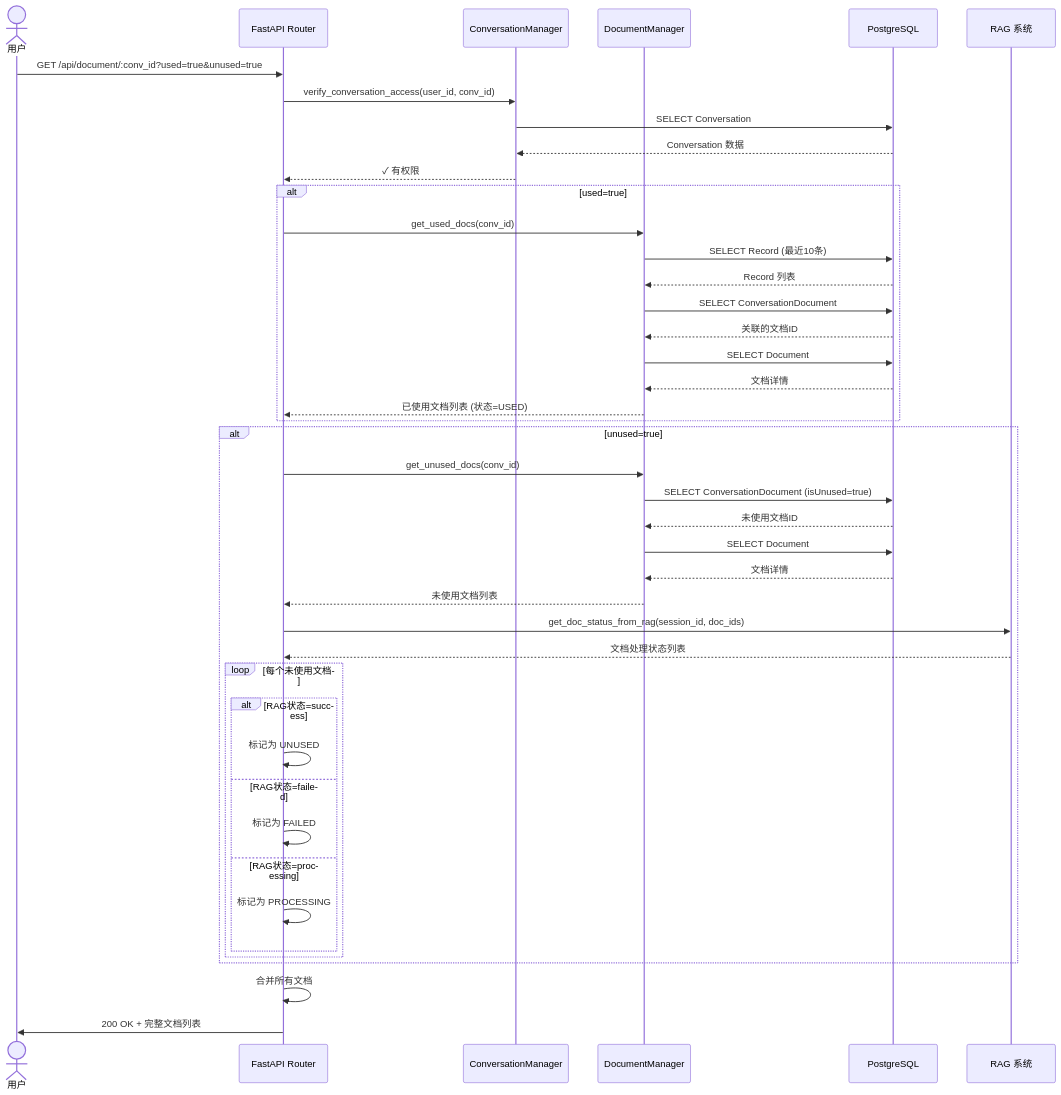
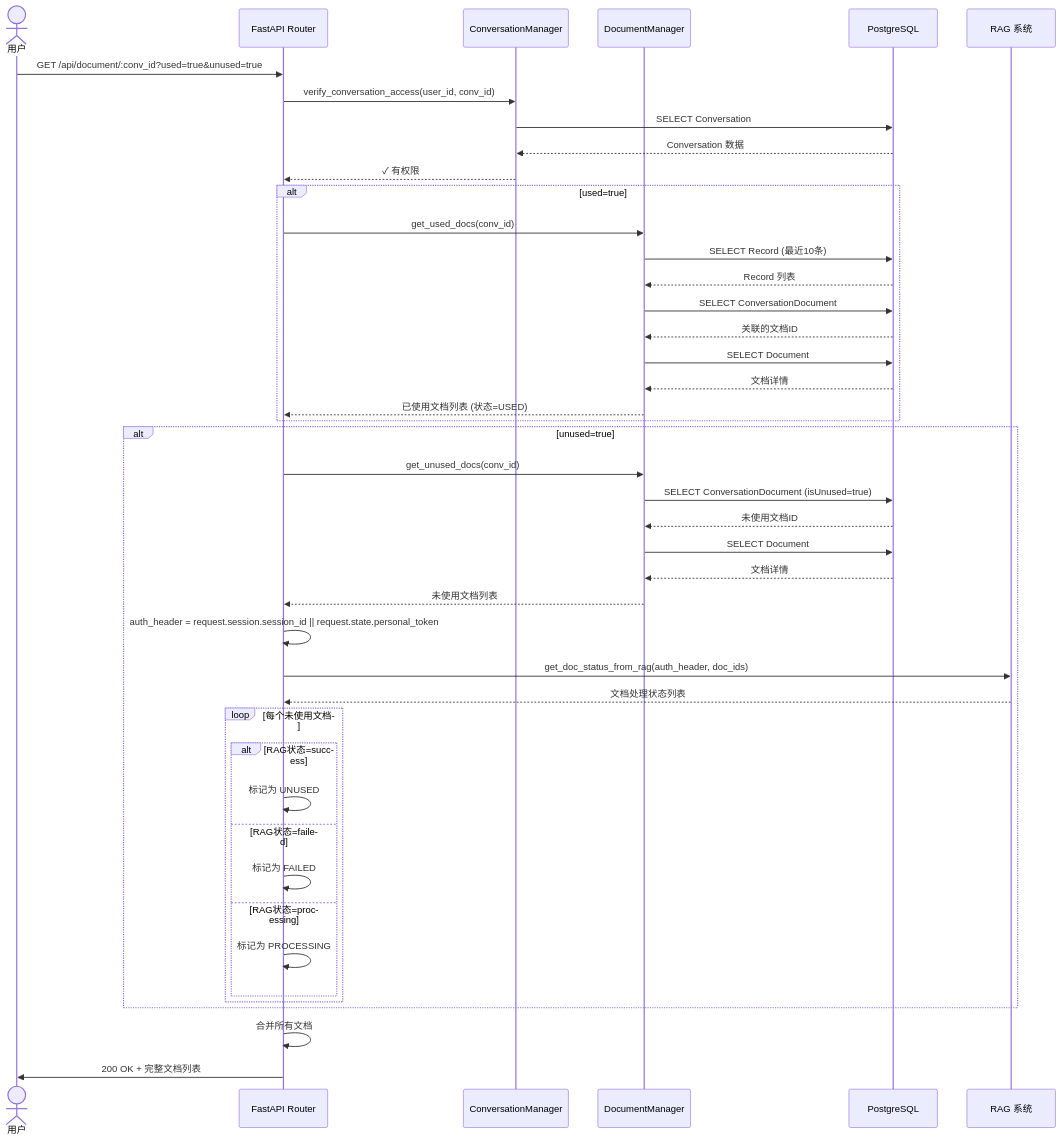
Before and after one commit to openeuler-mirror/euler-copilot-framework: the sixth of 10 diagrams in design/services/document.md, drawn with Mermaid. The commit also changed other lines of this file and 22 other files, not shown here.

````diff
--- a/design/services/document.md
+++ b/design/services/document.md
@@ -537,52 +538,53 @@
 ```mermaid
 sequenceDiagram
     actor User as 用户
     participant API as FastAPI Router
     participant CM as ConversationManager
     participant DM as DocumentManager
     participant DB as PostgreSQL
     participant RAG as RAG 系统
 
     User->>API: GET /api/document/:conv_id?used=true&unused=true
 
     API->>CM: verify_conversation_access(user_id, conv_id)
     CM->>DB: SELECT Conversation
     DB-->>CM: Conversation 数据
     CM-->>API: ✓ 有权限
 
     alt used=true
         API->>DM: get_used_docs(conv_id)
         DM->>DB: SELECT Record (最近10条)
         DB-->>DM: Record 列表
         DM->>DB: SELECT ConversationDocument
         DB-->>DM: 关联的文档ID
         DM->>DB: SELECT Document
         DB-->>DM: 文档详情
         DM-->>API: 已使用文档列表 (状态=USED)
     end
 
     alt unused=true
         API->>DM: get_unused_docs(conv_id)
         DM->>DB: SELECT ConversationDocument (isUnused=true)
         DB-->>DM: 未使用文档ID
         DM->>DB: SELECT Document
         DB-->>DM: 文档详情
         DM-->>API: 未使用文档列表
 
-        API->>RAG: get_doc_status_from_rag(session_id, doc_ids)
+        API->>API: auth_header = request.session.session_id || request.state.personal_token
+        API->>RAG: get_doc_status_from_rag(auth_header, doc_ids)
         RAG-->>API: 文档处理状态列表
 
         loop 每个未使用文档
             alt RAG状态=success
                 API->>API: 标记为 UNUSED
             else RAG状态=failed
                 API->>API: 标记为 FAILED
             else RAG状态=processing
                 API->>API: 标记为 PROCESSING
             end
         end
     end
 
     API->>API: 合并所有文档
     API->>User: 200 OK + 完整文档列表
 ```
````
